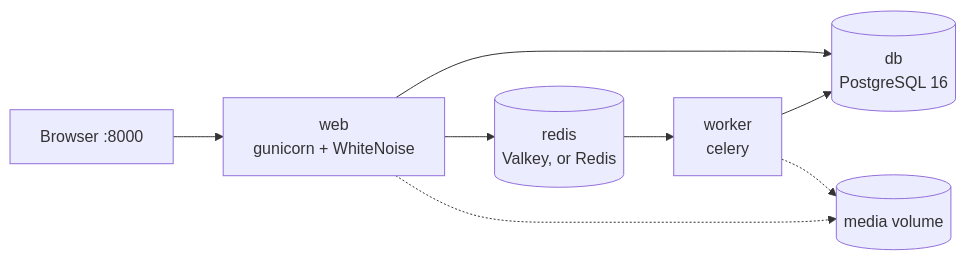
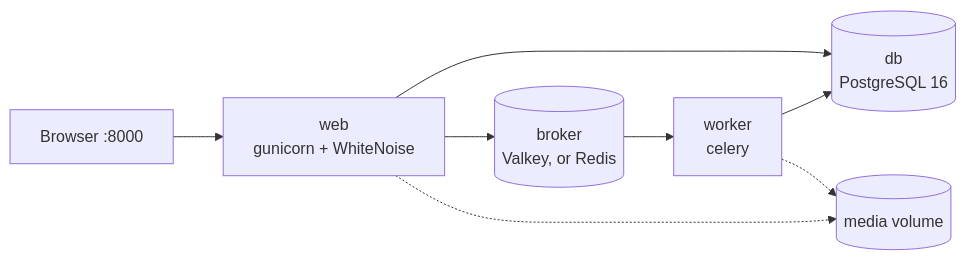
One commit to digitalutsc/arks-service changed the third of 11 diagrams in README_EXTENDED.md. Above: the diagram before and after it, drawn with Mermaid. The commit also changed other lines of this file and 3 other files, not shown here.

````diff
--- a/README_EXTENDED.md
+++ b/README_EXTENDED.md
@@ -121,10 +121,10 @@
 ```mermaid
 flowchart LR
     B["Browser :8000"] --> W["web<br/>gunicorn + WhiteNoise"]
     W --> P[("db<br/>PostgreSQL 16")]
-    W --> R[("redis<br/>Valkey, or Redis")]
+    W --> R[("broker<br/>Valkey, or Redis")]
     R --> K["worker<br/>celery"]
     K --> P
     W -.-> V[("media volume")]
     K -.-> V
 ```
````
